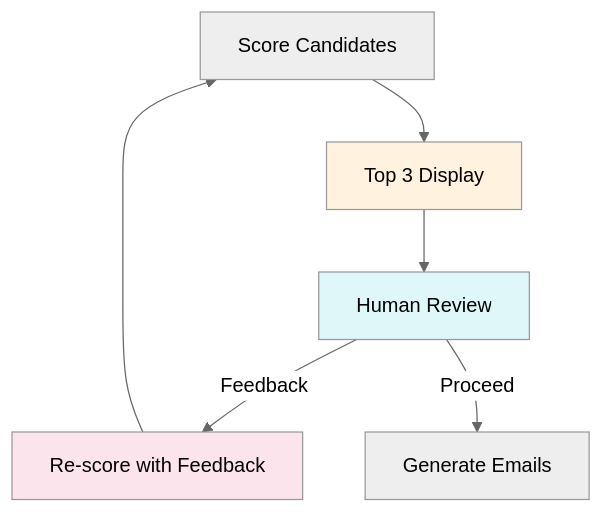
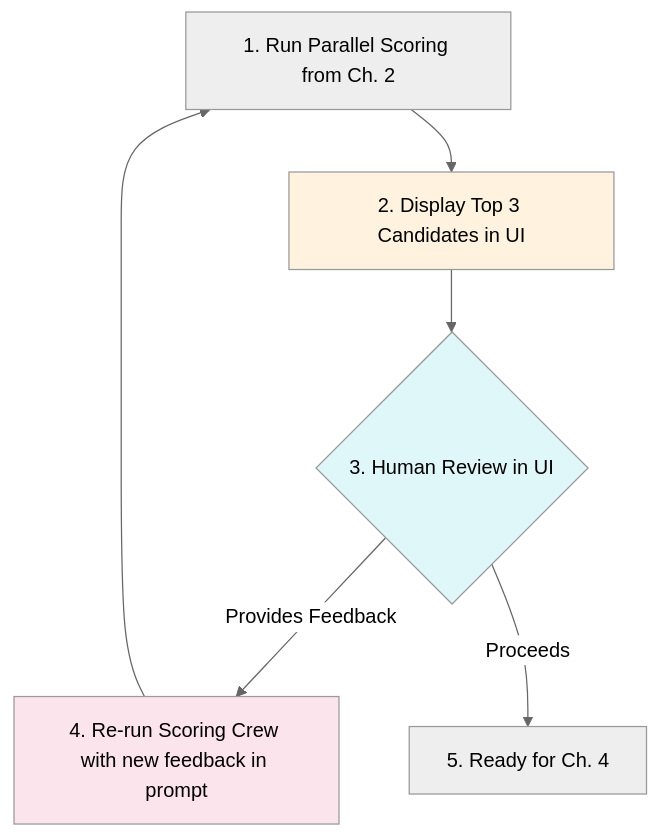
Before and after one commit to learnwithparam/monkey-kata: the fourth of 5 diagrams in api/demos/lead_scoring/README.md, drawn with Mermaid (neutral theme). The commit also changed other lines of this file and 4 other files, not shown here.

````diff
--- a/api/demos/lead_scoring/README.md
+++ b/api/demos/lead_scoring/README.md
@@ -113,11 +137,12 @@
   ```mermaid
   graph TD
-      A["Score Candidates"] --> B["Top 3 Display"]
-      B --> C["Human Review"]
-      C -->|Feedback| D["Re-score with Feedback"]
+      A[1. Run Parallel Scoring from Ch. 2] --> B[2. Display Top 3 Candidates in UI]
+      B --> C{3. Human Review in UI}
+      C -->|Provides Feedback| D[4. Re-run Scoring Crew with new feedback in prompt]
       D --> A
-      C -->|Proceed| E["Generate Emails"]
+      C -->|Proceeds| E[5. Ready for Ch. 4]
+      
       style B fill:#fff3e0
       style C fill:#e0f7fa
       style D fill:#fce4ec
   ```
````
